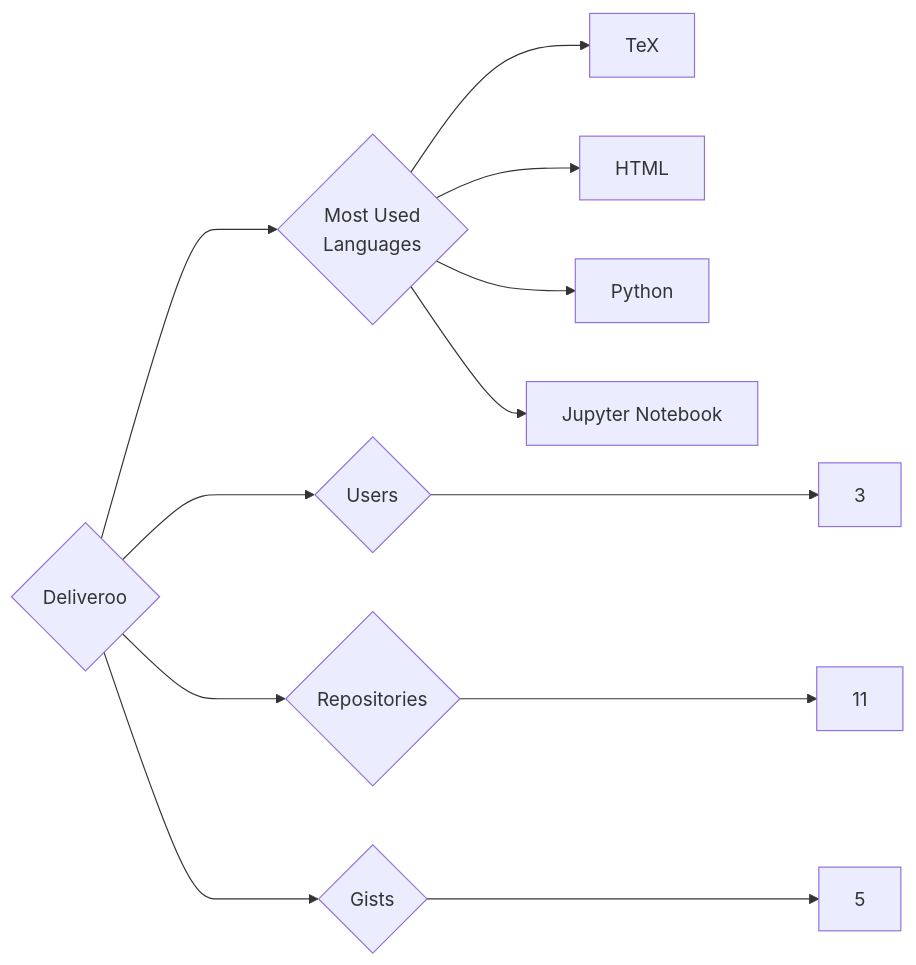
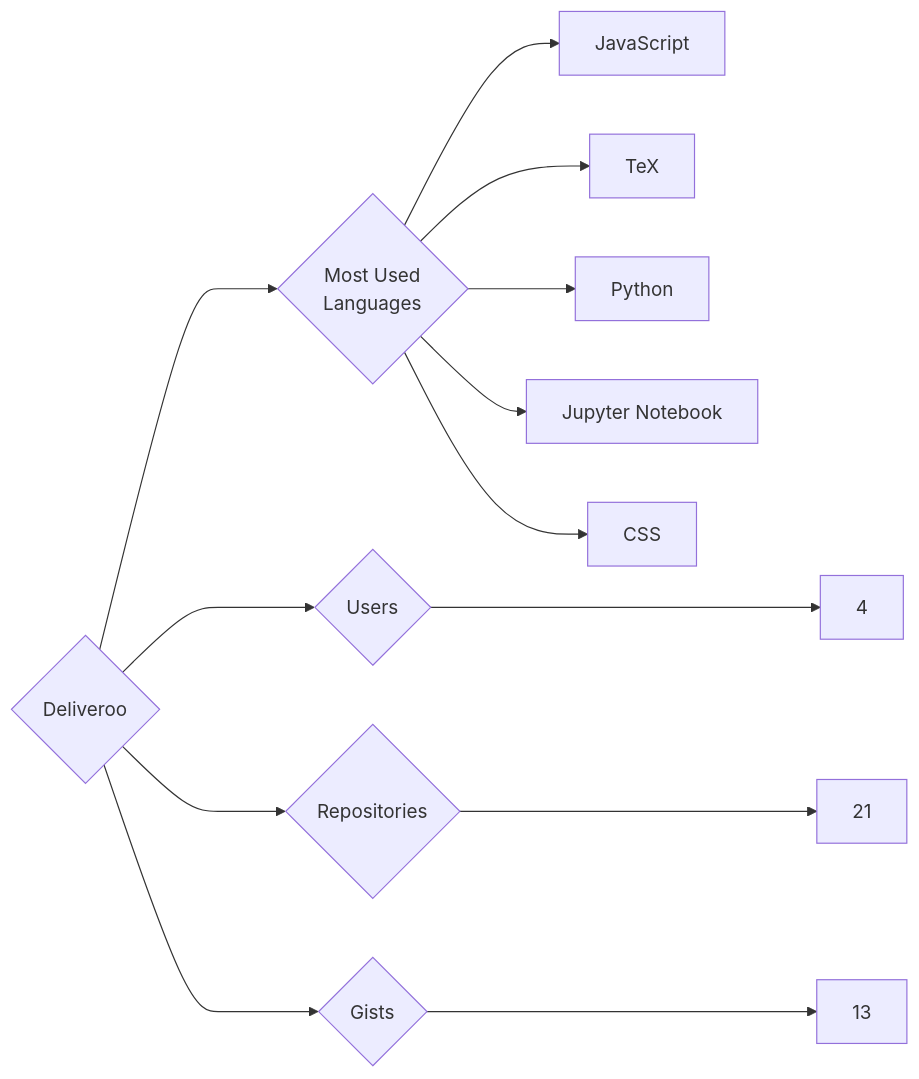
Before and after one commit to trickest/insiders: the diagram in targets/Deliveroo/README.md, drawn with Mermaid. The commit also changed 1212 other files, not shown here.

````diff
--- a/targets/Deliveroo/README.md
+++ b/targets/Deliveroo/README.md
@@ -3,12 +3,13 @@
 ```mermaid
 graph LR
 COMPANY_NAME{Deliveroo}
-COMPANY_NAME ---> U{Users} ---> UN[3]
-COMPANY_NAME ---> R{Repositories} ---> RN[11]
-COMPANY_NAME ---> G{Gists} ---> GN[5]
+COMPANY_NAME ---> U{Users} ---> UN[4]
+COMPANY_NAME ---> R{Repositories} ---> RN[21]
+COMPANY_NAME ---> G{Gists} ---> GN[13]
 COMPANY_NAME ---> ML{Most Used<br>Languages}
+ML --> JavaScript[JavaScript]
 ML --> TeX[TeX]
-ML --> HTML[HTML]
 ML --> Python[Python]
 ML --> Jupyter_Notebook[Jupyter Notebook]
+ML --> CSS[CSS]
 ```
````
